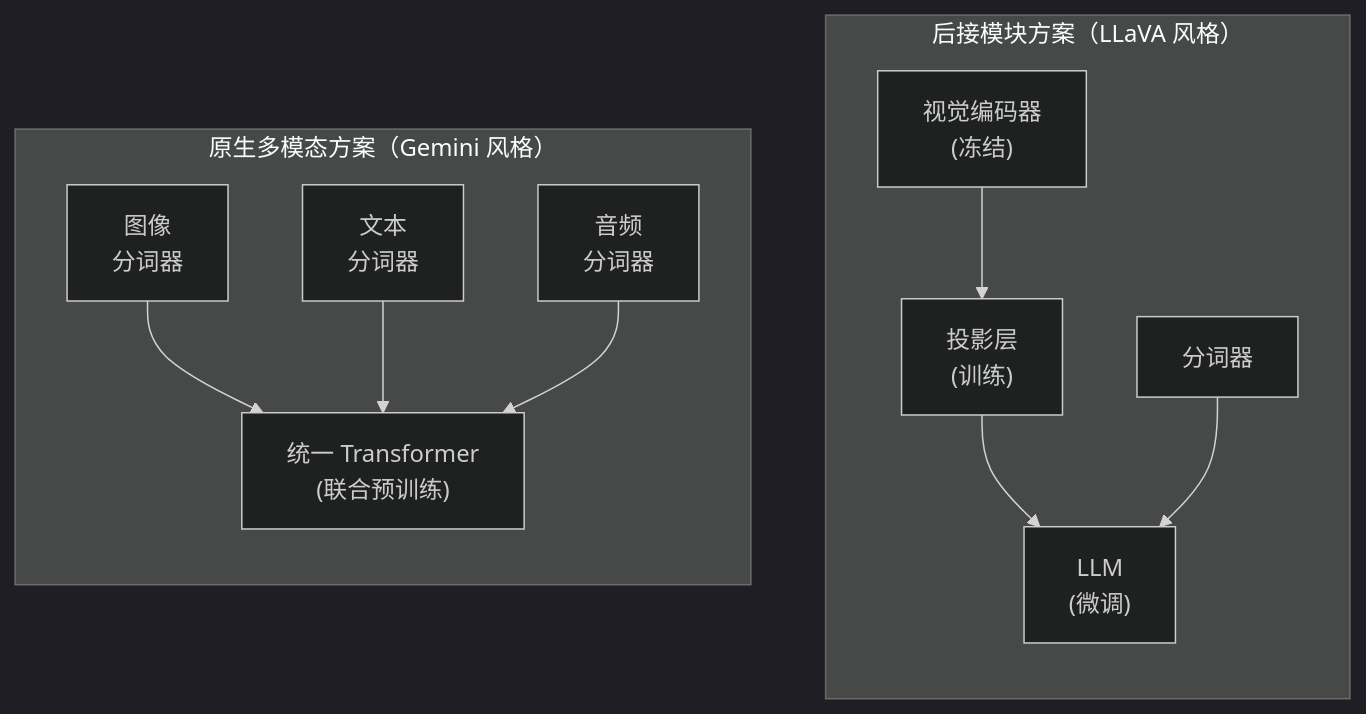
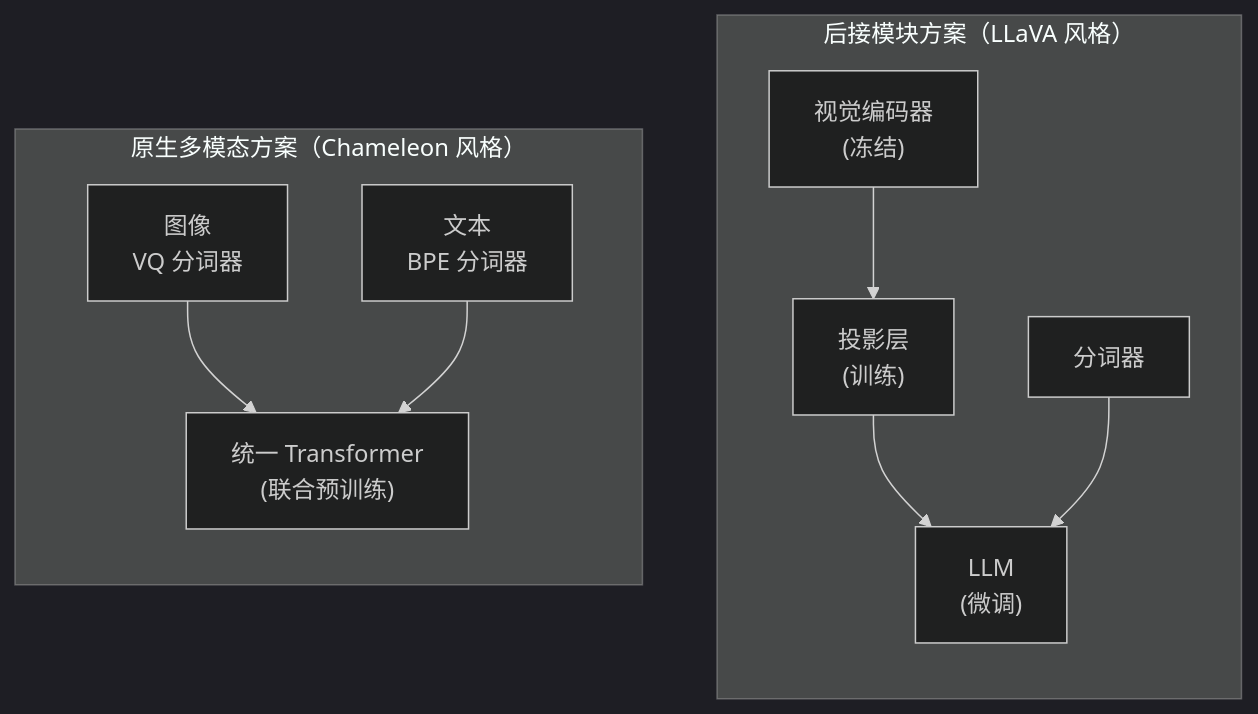
Before and after one commit to yeasy/llm_internals: the third of 3 diagrams in 14_future_trends/14.4_multimodal.md, drawn with Mermaid (dark theme). The commit also changed other lines of this file and 60 other files, not shown here.

````diff
--- a/14_future_trends/14.4_multimodal.md
+++ b/14_future_trends/14.4_multimodal.md
@@ -138,16 +142,15 @@
 ```mermaid
 graph TB
     subgraph modular["后接模块方案（LLaVA 风格）"]
         direction TB
         m_ve["视觉编码器<br/>(冻结)"] --> m_proj["投影层<br/>(训练)"]
         m_proj --> m_llm["LLM<br/>(微调)"]
         m_tok["分词器"] --> m_llm
     end
 
-    subgraph native["原生多模态方案（Gemini 风格）"]
+    subgraph native["原生多模态方案（Chameleon 风格）"]
         direction TB
-        n_img["图像<br/>分词器"] --> n_tf["统一 Transformer<br/>(联合预训练)"]
-        n_txt["文本<br/>分词器"] --> n_tf
-        n_aud["音频<br/>分词器"] --> n_tf
+        n_img["图像<br/>VQ 分词器"] --> n_tf["统一 Transformer<br/>(联合预训练)"]
+        n_txt["文本<br/>BPE 分词器"] --> n_tf
     end
 ```
````
